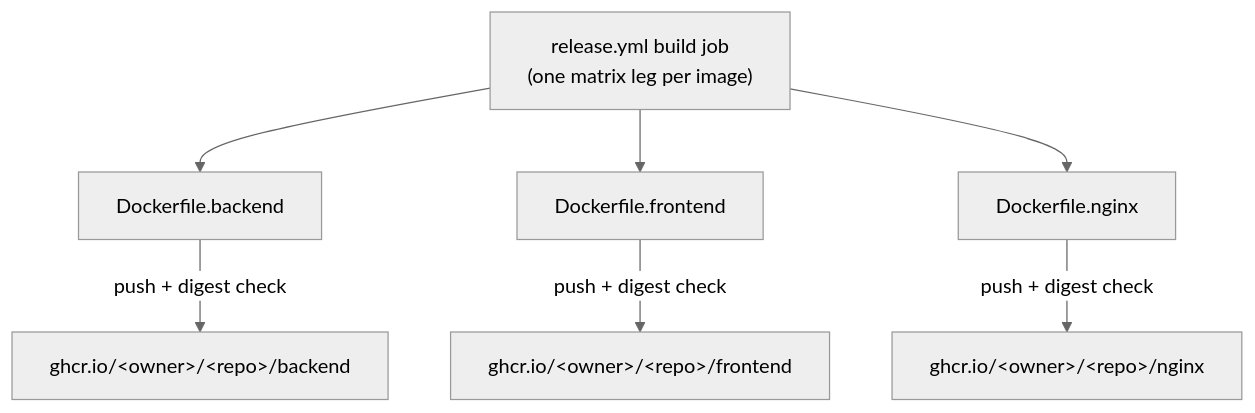
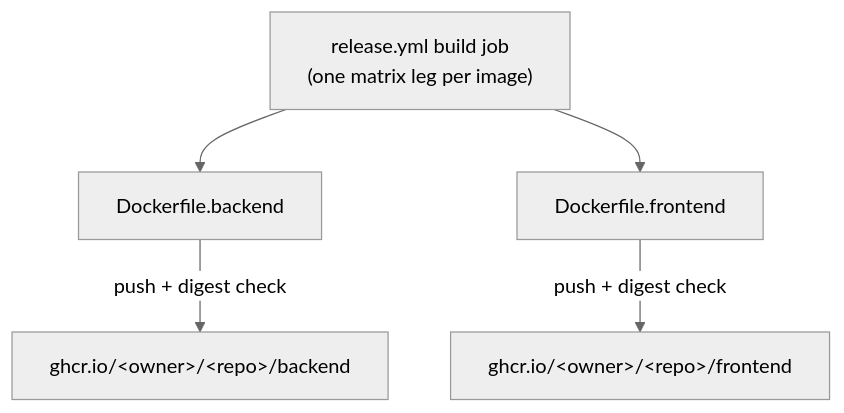
Before and after one commit to berserkhmdvhb/fullstack_template: the second of 3 diagrams in wiki/containerization.md, drawn with Mermaid (neutral theme). The commit also changed other lines of this file and 24 other files, not shown here.

Commit message:
docs: describe the two-image architecture; the Next.js server serves its own assets

````diff
--- a/wiki/containerization.md
+++ b/wiki/containerization.md
@@ -174,9 +149,7 @@
 ```mermaid
 flowchart TB
     CI["release.yml build job<br/>(one matrix leg per image)"] --> Backend["Dockerfile.backend"]
     CI --> Frontend["Dockerfile.frontend"]
-    CI --> Nginx["Dockerfile.nginx"]
     Backend -->|"push + digest check"| Registry["ghcr.io/&lt;owner&gt;/&lt;repo&gt;/backend"]
     Frontend -->|"push + digest check"| Registry2["ghcr.io/&lt;owner&gt;/&lt;repo&gt;/frontend"]
-    Nginx -->|"push + digest check"| Registry3["ghcr.io/&lt;owner&gt;/&lt;repo&gt;/nginx"]
 ```
````
